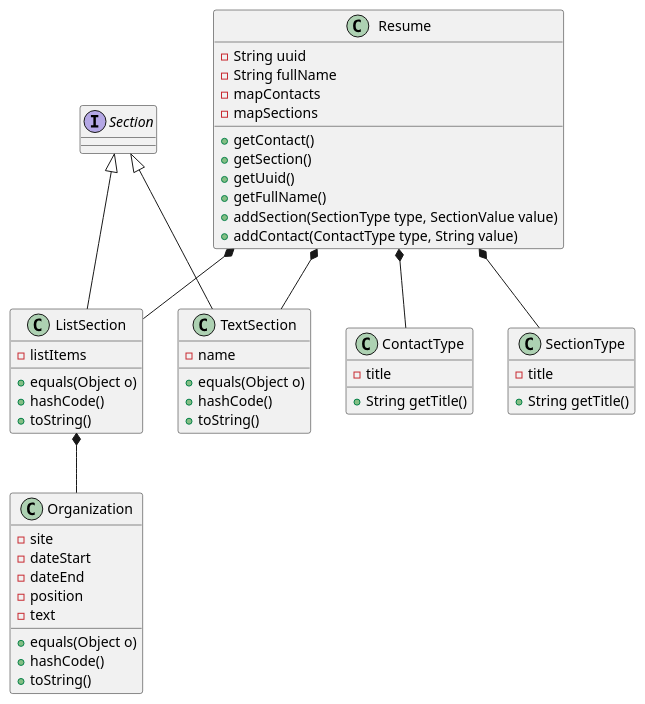
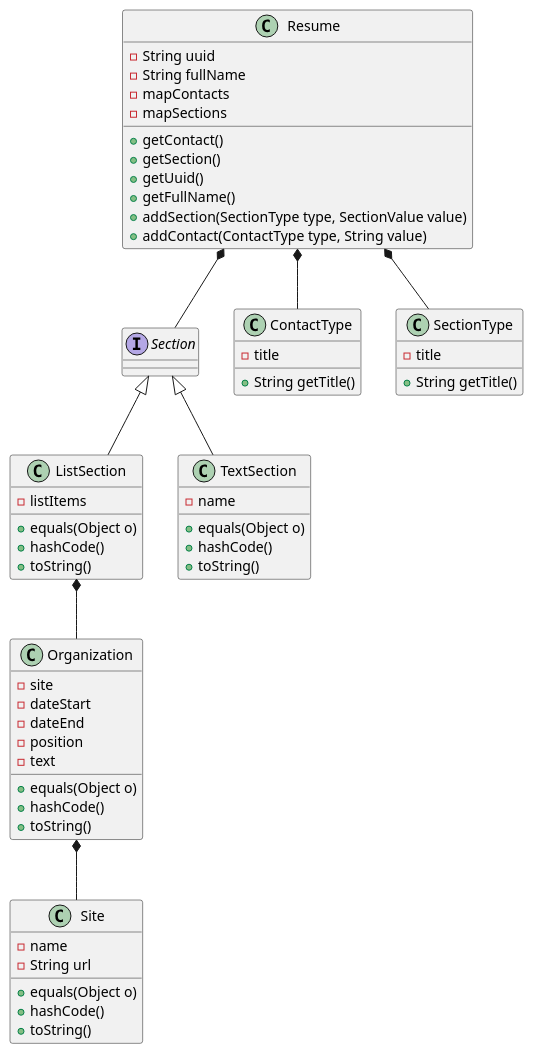
Before and after one commit to paulslp/basejava: the diagram in Diagramm.puml, drawn with PlantUML. The commit also changed 20 other files, not shown here.

```diff
--- a/Diagramm.puml
+++ b/Diagramm.puml
@@ -1,60 +1,68 @@
 @startuml
 Class Resume {
 - String uuid
 - String fullName
 - mapContacts
 - mapSections
 +getContact()
 +getSection()
 +getUuid()
 +getFullName()
 +addSection(SectionType type, SectionValue value)
 +addContact(ContactType type, String value)
 }
 
 Class ListSection{
 -listItems
 +equals(Object o)
 +hashCode()
 +toString()
 }
 
 Interface Section{
 }
 
 Class TextSection{
 -name
 +equals(Object o)
 +hashCode()
 +toString()
 }
 
 Class Organization{
 -site
 -dateStart
 -dateEnd
 -position
 -text
 +equals(Object o)
 +hashCode()
 +toString()
 }
 
 Class ContactType {
 -title
 +String getTitle()
 }
 
 Class SectionType {
 -title
 +String getTitle()
 }
 
+class Site {
+-name
+-String url
++equals(Object o)
++hashCode()
++toString()
+}
+
+Organization *-- Site
 Resume *-- SectionType
 Resume *-- ContactType
-Resume *-- ListSection
-Resume *-- TextSection
+Resume *-- Section
 ListSection *-- Organization
 Section <|-- ListSection
 Section <|-- TextSection
 @enduml
```
